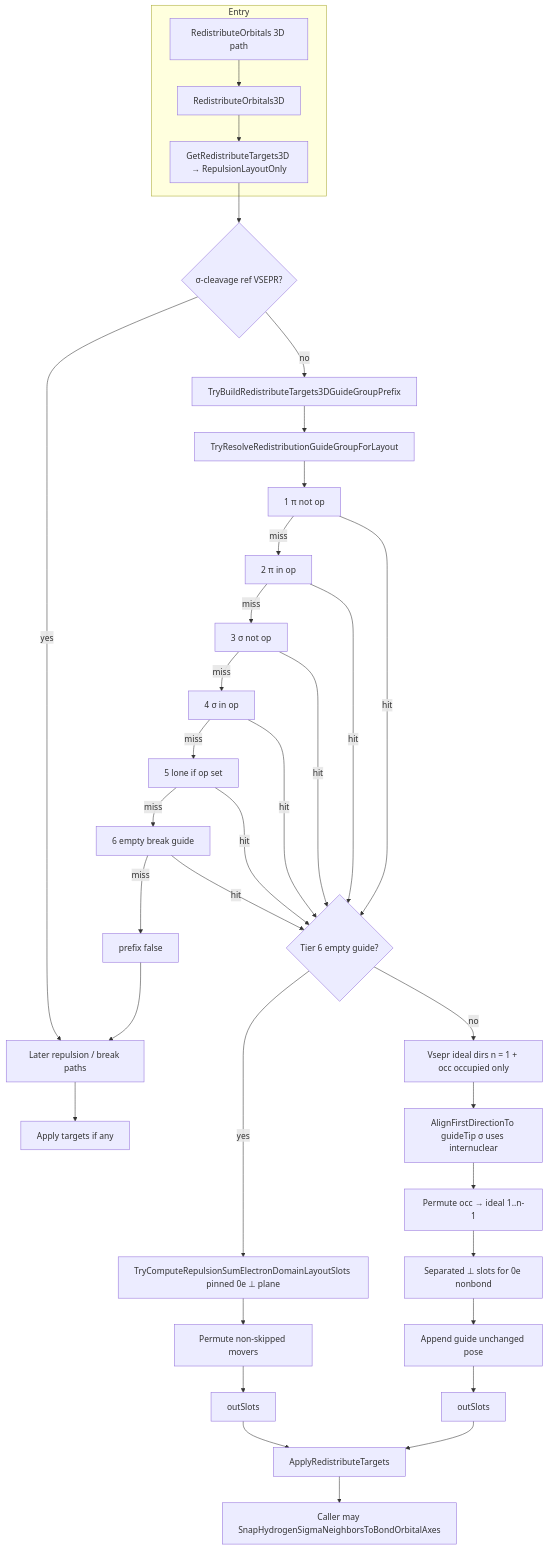
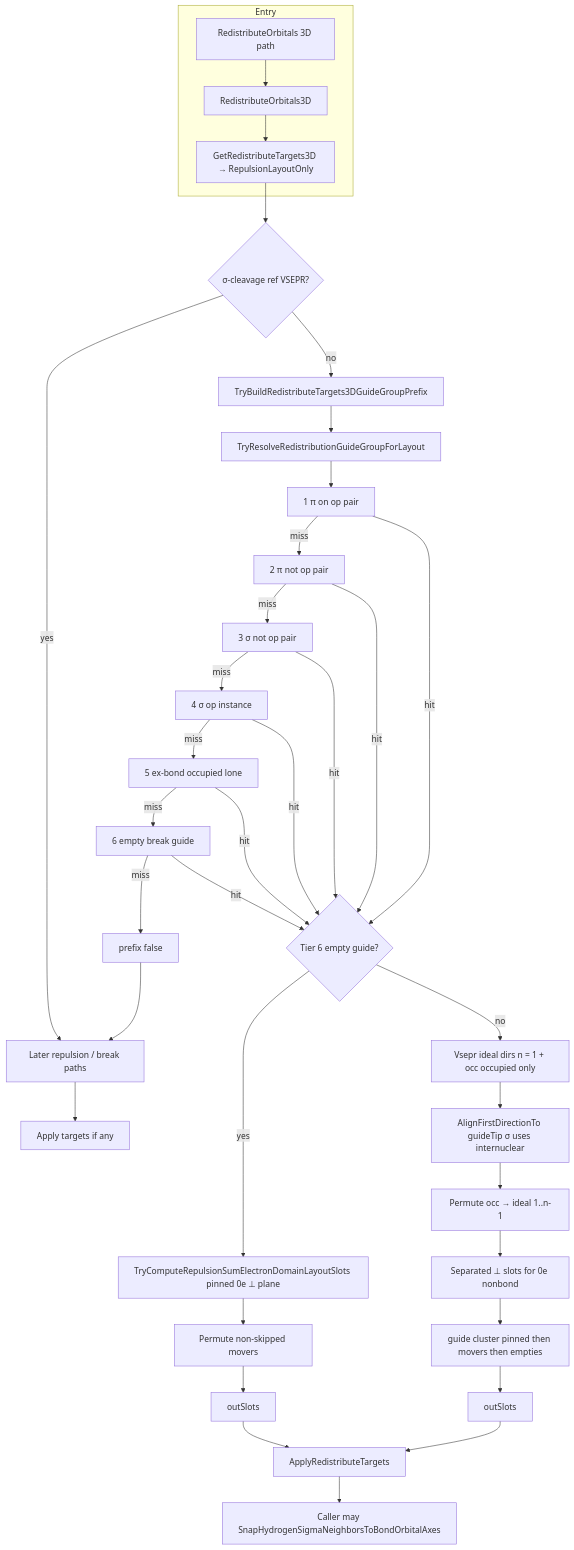
The diagram in instruction/electron-redistribution-repulsion-guide-group.md (star14ms/OrgoSimulator), drawn with Mermaid before and after one commit. The commit also changed other lines of this file and 14 other files, not shown here.

````diff
--- a/instruction/electron-redistribution-repulsion-guide-group.md
+++ b/instruction/electron-redistribution-repulsion-guide-group.md
@@ -67,48 +71,48 @@
 ```mermaid
 flowchart TD
   subgraph Entry["Entry"]
     RO[RedistributeOrbitals 3D path]
     R3[RedistributeOrbitals3D]
     GRT[GetRedistributeTargets3D → RepulsionLayoutOnly]
   end
 
   RO --> R3 --> GRT
 
   GRT --> Gate{σ-cleavage ref VSEPR?}
   Gate -->|yes| Later[Later repulsion / break paths]
   Gate -->|no| Prefix[TryBuildRedistributeTargets3DGuideGroupPrefix]
 
   Prefix --> Resolve[TryResolveRedistributionGuideGroupForLayout]
-  Resolve --> T1[1 π not op]
-  T1 -->|miss| T2[2 π in op]
-  T2 -->|miss| T3[3 σ not op]
-  T3 -->|miss| T4[4 σ in op]
-  T4 -->|miss| T5[5 lone if op set]
+  Resolve --> T2first[1 π on op pair]
+  T2first -->|miss| T1[2 π not op pair]
+  T1 -->|miss| T3[3 σ not op pair]
+  T3 -->|miss| T4[4 σ op instance]
+  T4 -->|miss| T5[5 ex-bond occupied lone]
   T5 -->|miss| T6[6 empty break guide]
   T6 -->|miss| FailPrefix[prefix false]
 
+  T2first -->|hit| BranchPick
   T1 -->|hit| BranchPick
-  T2 -->|hit| BranchPick
   T3 -->|hit| BranchPick
   T4 -->|hit| BranchPick
   T5 -->|hit| BranchPick
   T6 -->|hit| BranchPick
 
   BranchPick{Tier 6 empty guide?}
   BranchPick -->|yes| RepulsionPin[TryComputeRepulsionSumElectronDomainLayoutSlots pinned 0e ⊥ plane]
   RepulsionPin --> PermA[Permute non-skipped movers]
   PermA --> SlotsA[outSlots]
   BranchPick -->|no| Vsepr[Vsepr ideal dirs n = 1 + occ occupied only]
   Vsepr --> Align[AlignFirstDirectionTo guideTip σ uses internuclear]
   Align --> PermB[Permute occ → ideal 1..n-1]
   PermB --> EmptyPlace[Separated ⊥ slots for 0e nonbond]
-  EmptyPlace --> AppendGuide[Append guide unchanged pose]
+  EmptyPlace --> AppendGuide[guide cluster pinned then movers then empties]
   AppendGuide --> SlotsB[outSlots]
 
   SlotsA --> Apply[ApplyRedistributeTargets]
   SlotsB --> Apply
   FailPrefix --> Later
   Later --> MaybeApply[Apply targets if any]
 
   Apply --> Snap[Caller may SnapHydrogenSigmaNeighborsToBondOrbitalAxes]
 ```
````
